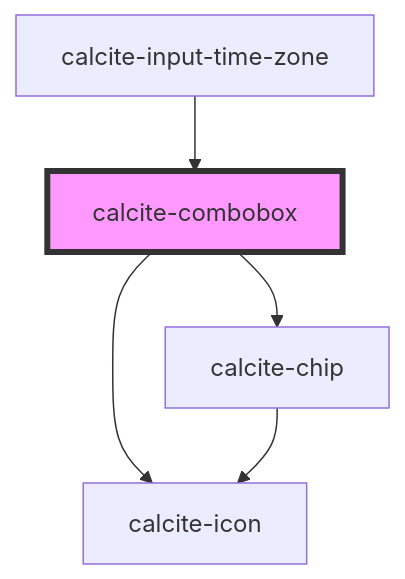
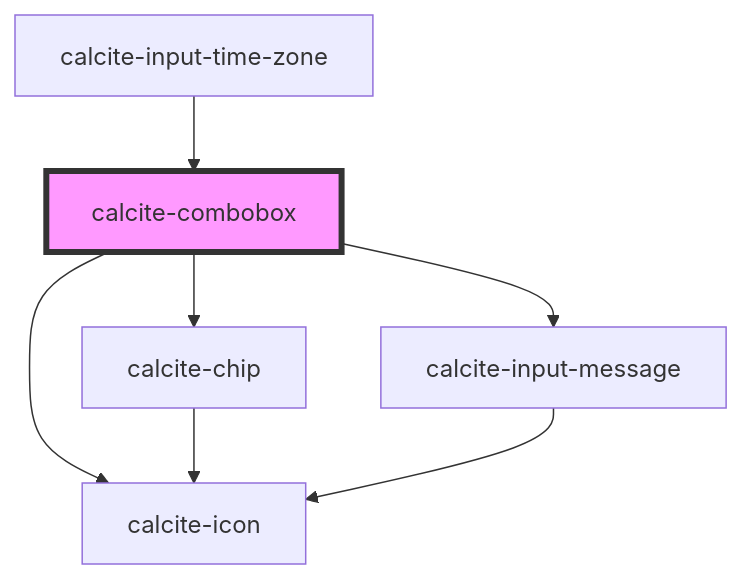
One commit to vikivakarvc/calcite-design-system changed the diagram in packages/calcite-components/src/components/combobox/readme.md. Above: the diagram before and after it, drawn with Mermaid. The commit also changed other lines of this file and 64 other files, not shown here.

````diff
--- a/packages/calcite-components/src/components/combobox/readme.md
+++ b/packages/calcite-components/src/components/combobox/readme.md
@@ -152,8 +165,10 @@
 ```mermaid
 graph TD;
   calcite-combobox --> calcite-chip
   calcite-combobox --> calcite-icon
+  calcite-combobox --> calcite-input-message
   calcite-chip --> calcite-icon
+  calcite-input-message --> calcite-icon
   calcite-input-time-zone --> calcite-combobox
   style calcite-combobox fill:#f9f,stroke:#333,stroke-width:4px
 ```
````
